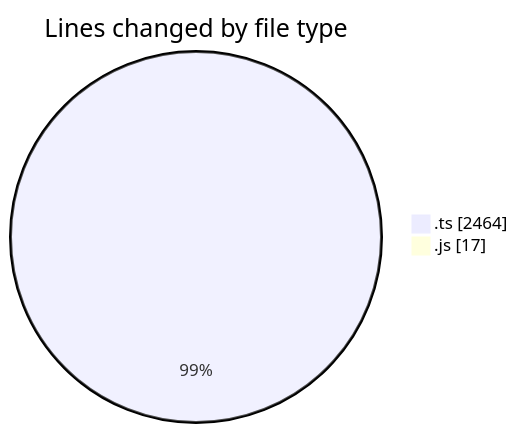
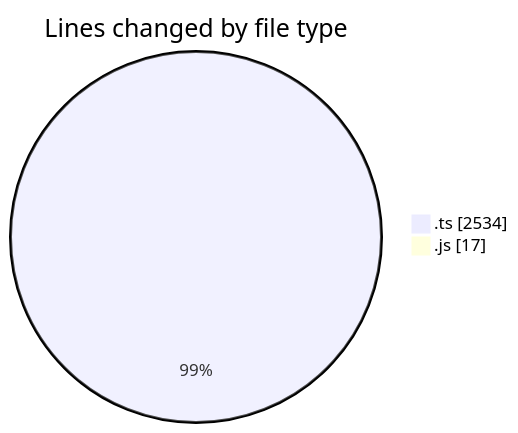
One commit to tmsrecording-cyber/code-tracking changed the first of 2 diagrams in 2026-02-07/singularitybrainai/README.md. Above: the diagram before and after it, drawn with Mermaid. The commit also changed other lines of this file and 1 other file, not shown here.

````diff
--- a/2026-02-07/singularitybrainai/README.md
+++ b/2026-02-07/singularitybrainai/README.md
@@ -24,6 +25,6 @@
 ```mermaid
 pie showData
 title Lines changed by file type
-".ts" : 2464
+".ts" : 2534
 ".js" : 17
 ```
````
